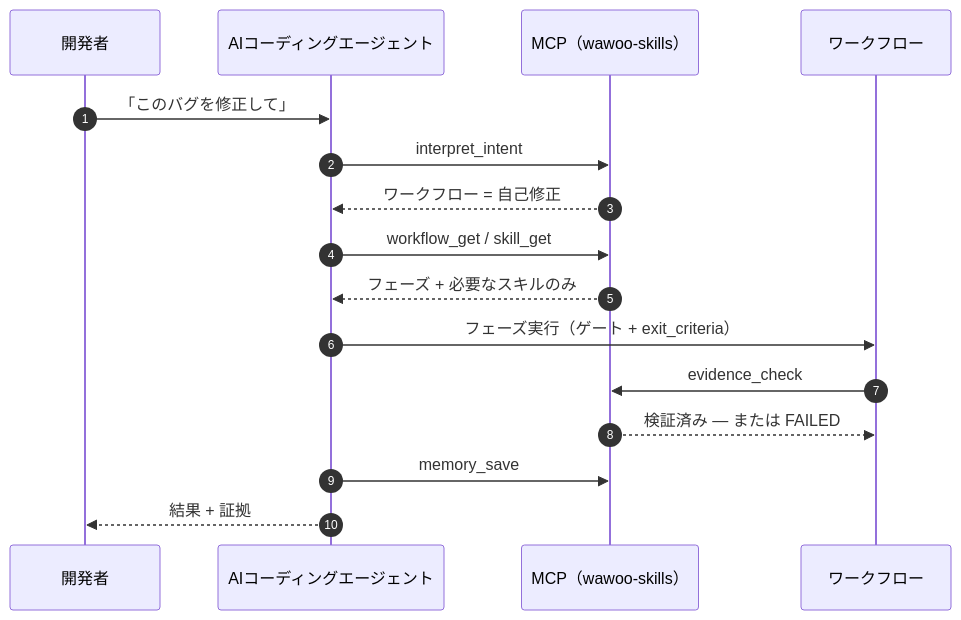
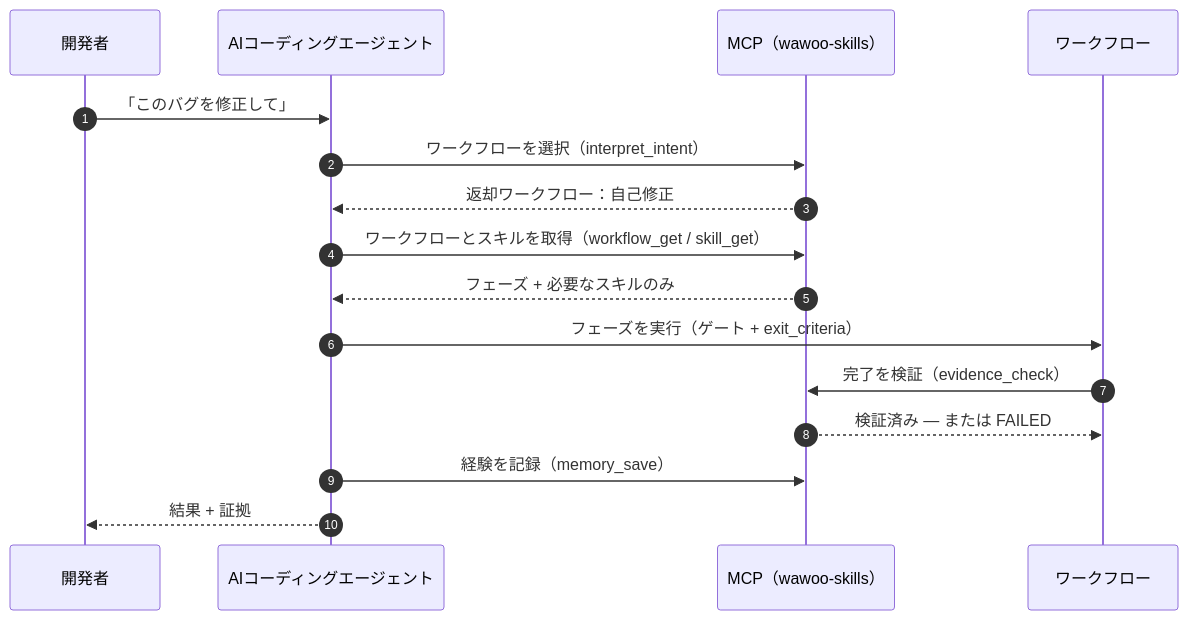
The diagram in README.ja.md (parkwoo/wawoo-agent-skills), drawn with Mermaid before and after one commit. The commit also changed 3 other files, not shown here.

Commit message:
docs: make the sequence-diagram steps readable (plain action + technical term in parens)

````diff
--- a/README.ja.md
+++ b/README.ja.md
@@ -62,18 +62,18 @@
 ```mermaid
 sequenceDiagram
     autonumber
     participant U as 開発者
     participant A as AIコーディングエージェント
     participant M as MCP（wawoo-skills）
     participant W as ワークフロー
     U->>A: 「このバグを修正して」
-    A->>M: interpret_intent
-    M-->>A: ワークフロー = 自己修正
-    A->>M: workflow_get / skill_get
+    A->>M: ワークフローを選択（interpret_intent）
+    M-->>A: 返却ワークフロー：自己修正
+    A->>M: ワークフローとスキルを取得（workflow_get / skill_get）
     M-->>A: フェーズ + 必要なスキルのみ
-    A->>W: フェーズ実行（ゲート + exit_criteria）
-    W->>M: evidence_check
+    A->>W: フェーズを実行（ゲート + exit_criteria）
+    W->>M: 完了を検証（evidence_check）
     M-->>W: 検証済み — または FAILED
-    A->>M: memory_save
+    A->>M: 経験を記録（memory_save）
     A-->>U: 結果 + 証拠
 ```
````
